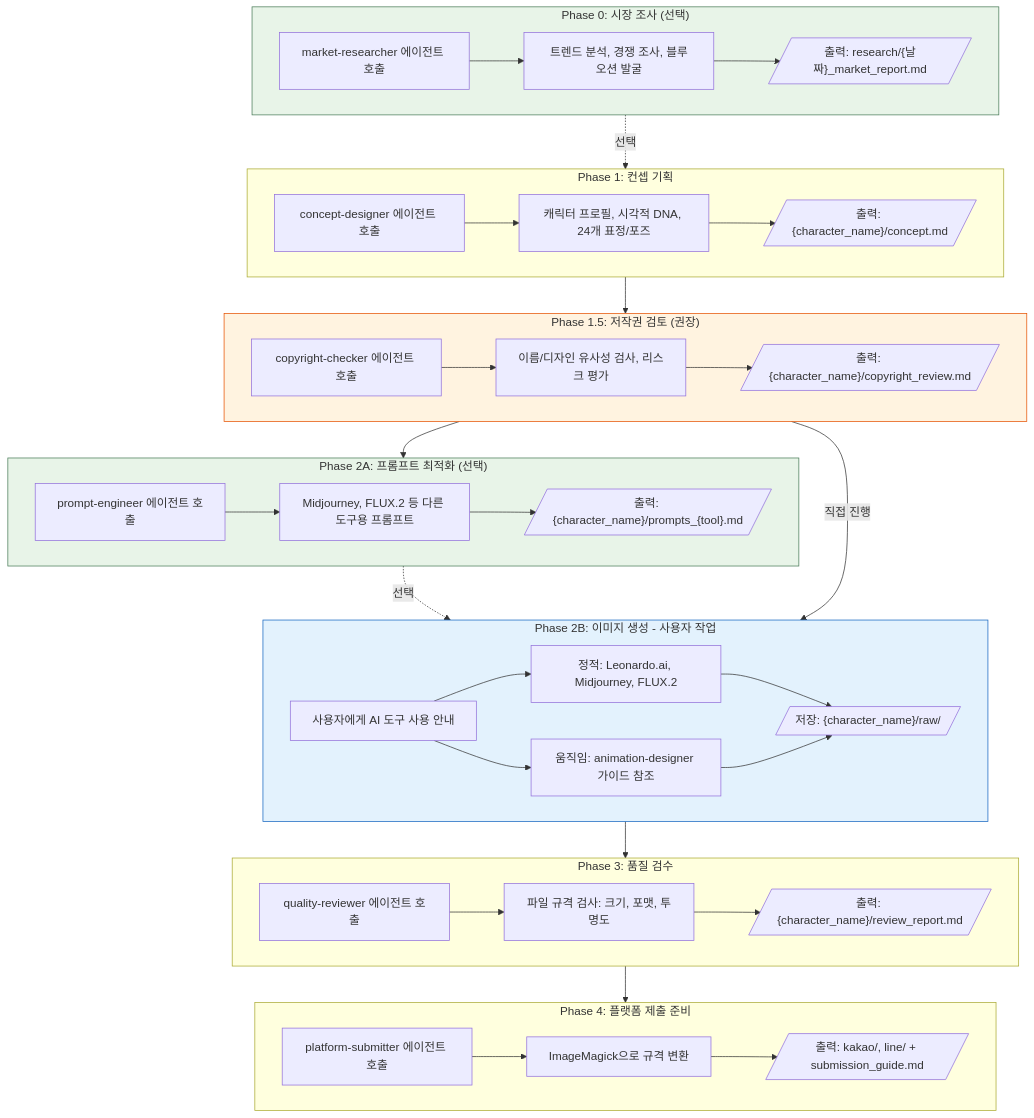
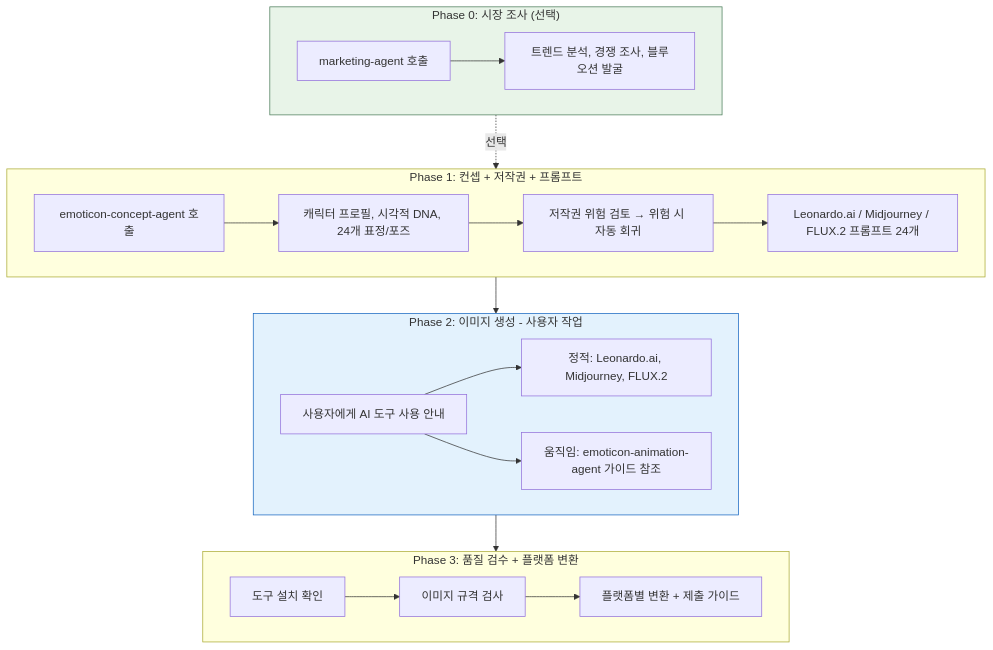
One commit to woogi-kang/claude-craft changed the diagram in .claude/agents/📝 콘텐츠/emoticon/emoticon-orchestrator.md. Above: the diagram before and after it, drawn with Mermaid. The commit also changed other lines of this file and 253 other files, not shown here.

````diff
--- a/.claude/agents/📝 콘텐츠/emoticon/emoticon-orchestrator.md
+++ b/.claude/agents/📝 콘텐츠/emoticon/emoticon-orchestrator.md
@@ -42,66 +37,38 @@
 ```mermaid
 flowchart TD
     subgraph Phase0["Phase 0: 시장 조사 (선택)"]
-        P0A[market-researcher 에이전트 호출]
+        P0A[marketing-agent 호출]
         P0B[트렌드 분석, 경쟁 조사, 블루오션 발굴]
-        P0C[/"출력: research/{날짜}_market_report.md"/]
-        P0A --> P0B --> P0C
+        P0A --> P0B
     end
 
-    subgraph Phase1["Phase 1: 컨셉 기획"]
-        P1A[concept-designer 에이전트 호출]
+    subgraph Phase1["Phase 1: 컨셉 + 저작권 + 프롬프트"]
+        P1A[emoticon-concept-agent 호출]
         P1B[캐릭터 프로필, 시각적 DNA, 24개 표정/포즈]
-        P1C[/"출력: {character_name}/concept.md"/]
-        P1A --> P1B --> P1C
+        P1C[저작권 위험 검토 → 위험 시 자동 회귀]
+        P1D[Leonardo.ai / Midjourney / FLUX.2 프롬프트 24개]
+        P1A --> P1B --> P1C --> P1D
     end
 
-    subgraph Phase15["Phase 1.5: 저작권 검토 (권장)"]
-        P15A[copyright-checker 에이전트 호출]
-        P15B[이름/디자인 유사성 검사, 리스크 평가]
-        P15C[/"출력: {character_name}/copyright_review.md"/]
-        P15A --> P15B --> P15C
+    subgraph Phase2["Phase 2: 이미지 생성 - 사용자 작업"]
+        P2A[사용자에게 AI 도구 사용 안내]
+        P2B[정적: Leonardo.ai, Midjourney, FLUX.2]
+        P2C[움직임: emoticon-animation-agent 가이드 참조]
+        P2A --> P2B
+        P2A --> P2C
     end
 
-    subgraph Phase2A["Phase 2A: 프롬프트 최적화 (선택)"]
-        P2AA[prompt-engineer 에이전트 호출]
-        P2AB[Midjourney, FLUX.2 등 다른 도구용 프롬프트]
-        P2AC[/"출력: {character_name}/prompts_{tool}.md"/]
-        P2AA --> P2AB --> P2AC
-    end
-
-    subgraph Phase2B["Phase 2B: 이미지 생성 - 사용자 작업"]
-        P2BA[사용자에게 AI 도구 사용 안내]
-        P2BB[정적: Leonardo.ai, Midjourney, FLUX.2]
-        P2BC[움직임: animation-designer 가이드 참조]
-        P2BD[/"저장: {character_name}/raw/"/]
-        P2BA --> P2BB --> P2BD
-        P2BA --> P2BC --> P2BD
-    end
-
-    subgraph Phase3["Phase 3: 품질 검수"]
-        P3A[quality-reviewer 에이전트 호출]
-        P3B[파일 규격 검사: 크기, 포맷, 투명도]
-        P3C[/"출력: {character_name}/review_report.md"/]
+    subgraph Phase3["Phase 3: 품질 검수 + 플랫폼 변환"]
+        P3A[도구 설치 확인]
+        P3B[이미지 규격 검사]
+        P3C[플랫폼별 변환 + 제출 가이드]
         P3A --> P3B --> P3C
     end
 
-    subgraph Phase4["Phase 4: 플랫폼 제출 준비"]
-        P4A[platform-submitter 에이전트 호출]
-        P4B[ImageMagick으로 규격 변환]
-        P4C[/"출력: kakao/, line/ + submission_guide.md"/]
-        P4A --> P4B --> P4C
-    end
-
     Phase0 -.->|선택| Phase1
-    Phase1 --> Phase15
-    Phase15 --> Phase2A
-    Phase2A -.->|선택| Phase2B
-    Phase15 -->|직접 진행| Phase2B
-    Phase2B --> Phase3
-    Phase3 --> Phase4
+    Phase1 --> Phase2
+    Phase2 --> Phase3
 
     style Phase0 fill:#e8f4e8,stroke:#4a7c59
-    style Phase15 fill:#fff3e0,stroke:#e65100
-    style Phase2A fill:#e8f4e8,stroke:#4a7c59
-    style Phase2B fill:#e3f2fd,stroke:#1565c0
+    style Phase2 fill:#e3f2fd,stroke:#1565c0
 ```
````
